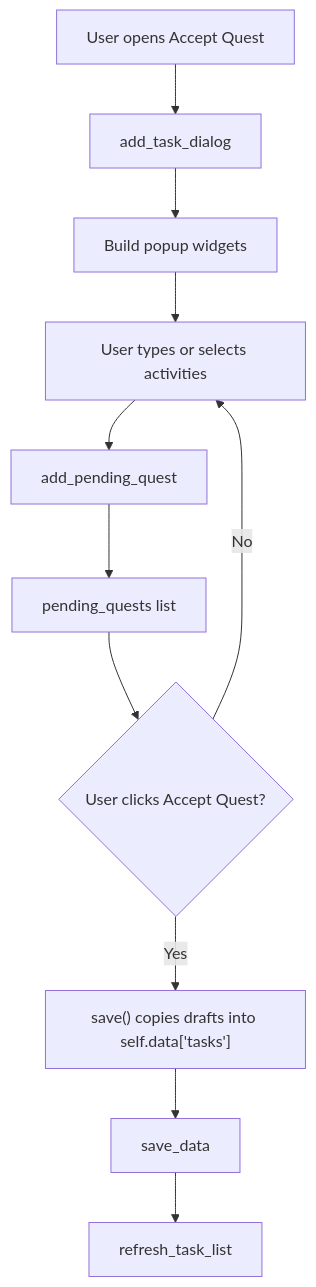
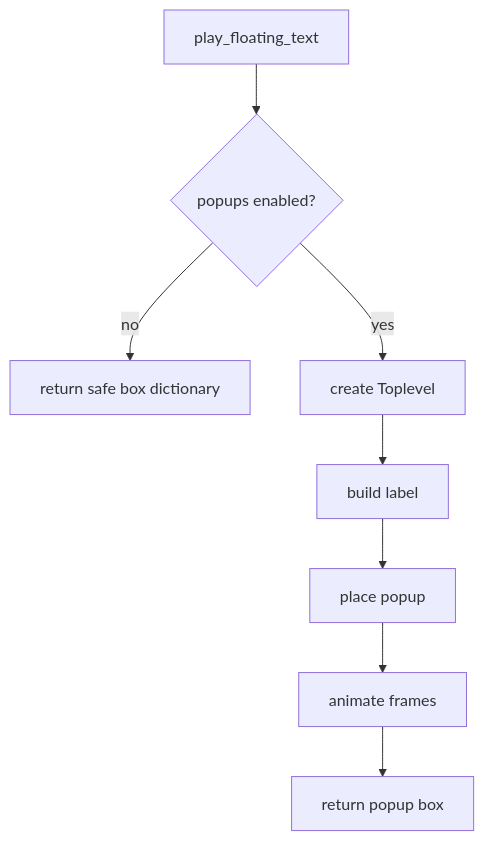
The seventh of 30 diagrams in docs/beginner-guide/03-advanced.md (nimbold/LifeXP), drawn with Mermaid before and after one commit. The commit also changed other lines of this file, not shown here.

````diff
--- a/docs/beginner-guide/03-advanced.md
+++ b/docs/beginner-guide/03-advanced.md
@@ -198,13 +392,10 @@
 ```mermaid
 flowchart TD
-    A["User opens Accept Quest"] --> B["add_task_dialog"]
-    B --> C["Build popup widgets"]
-    C --> D["User types or selects activities"]
-    D --> E["add_pending_quest"]
-    E --> F["pending_quests list"]
-    F --> G{"User clicks Accept Quest?"}
-    G -->|No| D
-    G -->|Yes| H["save() copies drafts into self.data['tasks']"]
-    H --> I["save_data"]
-    I --> J["refresh_task_list"]
+    A["play_floating_text"] --> B{"popups enabled?"}
+    B -->|no| C["return safe box dictionary"]
+    B -->|yes| D["create Toplevel"]
+    D --> E["build label"]
+    E --> F["place popup"]
+    F --> G["animate frames"]
+    G --> H["return popup box"]
 ```
````
